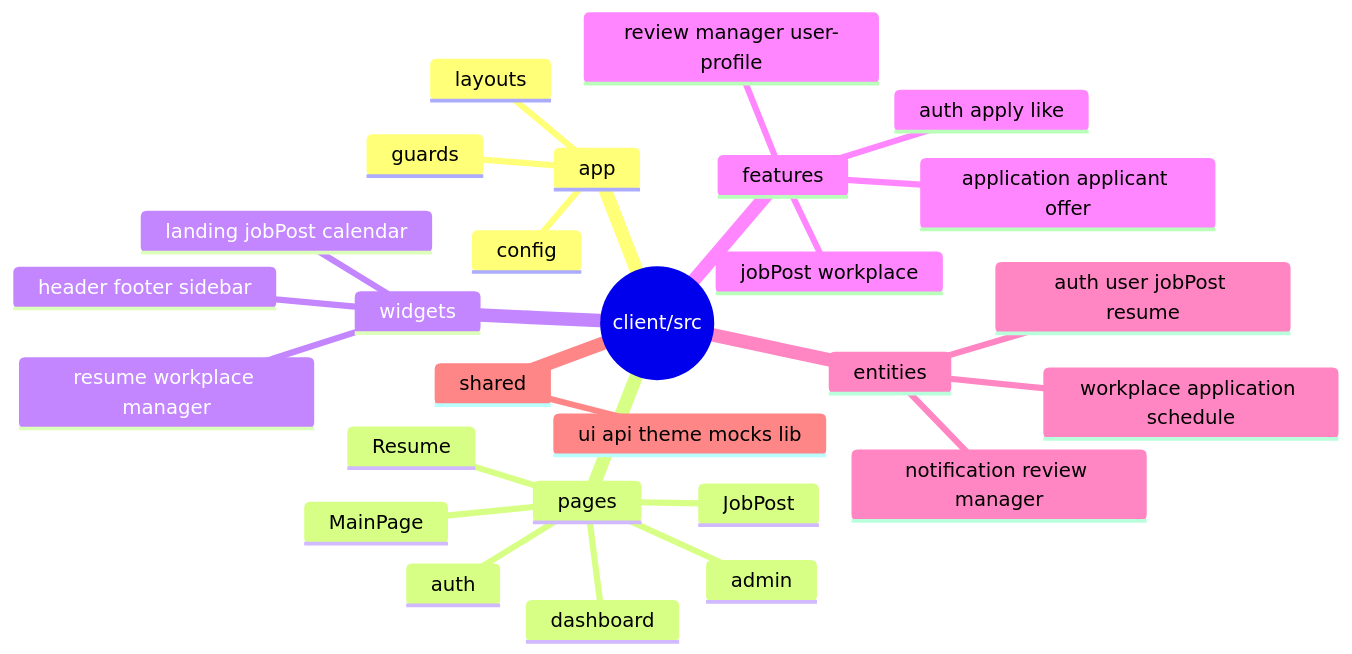
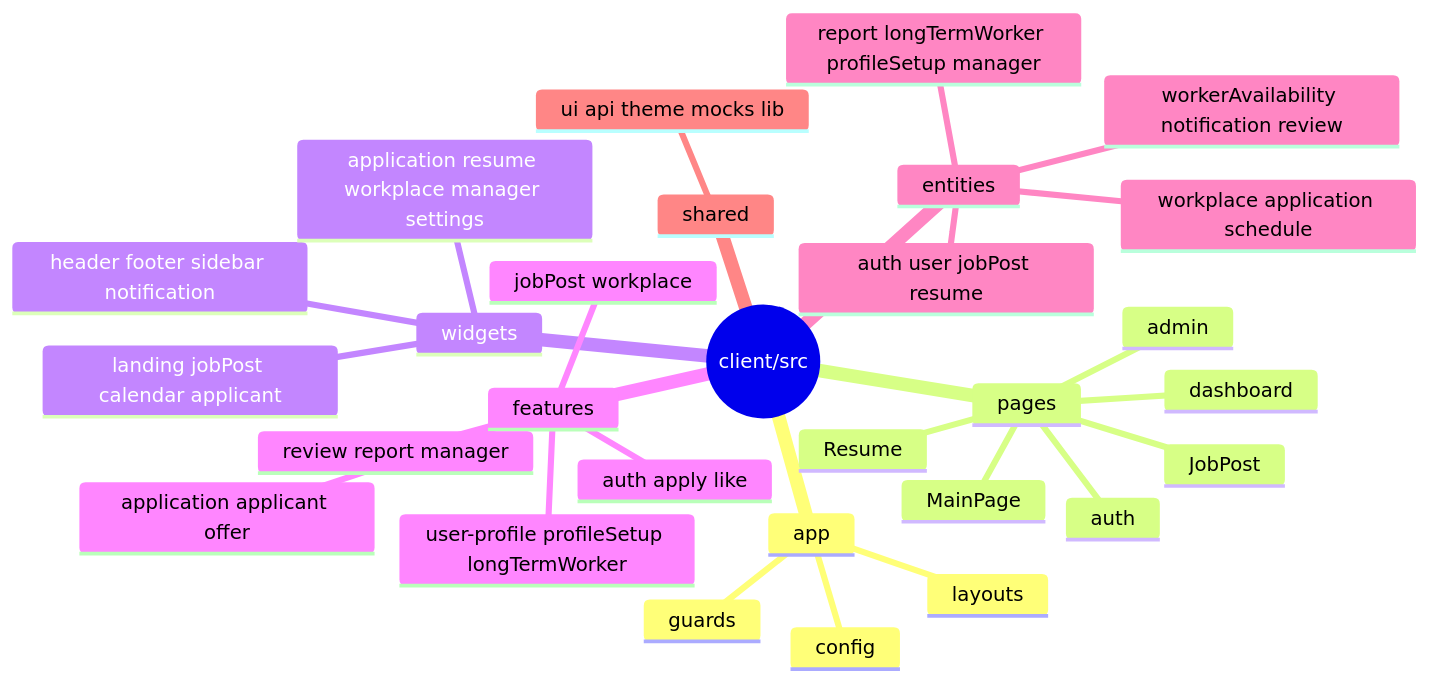
One commit to kookmin-sw/2026-capstone-83 changed the fifth of 6 diagrams in client/README.md. Above: the diagram before and after it, drawn with Mermaid. The commit also changed other lines of this file, not shown here.

````diff
--- a/client/README.md
+++ b/client/README.md
@@ -203,30 +212,32 @@
 ```mermaid
 mindmap
   root((client/src))
     app
       layouts
       guards
       config
     pages
       MainPage
       JobPost
       Resume
       dashboard
       admin
       auth
     widgets
-      header footer sidebar
-      landing jobPost calendar
-      resume workplace manager
+      header footer sidebar notification
+      landing jobPost calendar applicant
+      application resume workplace manager settings
     features
       auth apply like
       jobPost workplace
       application applicant offer
-      review manager user-profile
+      review report manager
+      user-profile profileSetup longTermWorker
     entities
       auth user jobPost resume
       workplace application schedule
-      notification review manager
+      workerAvailability notification review
+      report longTermWorker profileSetup manager
     shared
       ui api theme mocks lib
 ```
````
